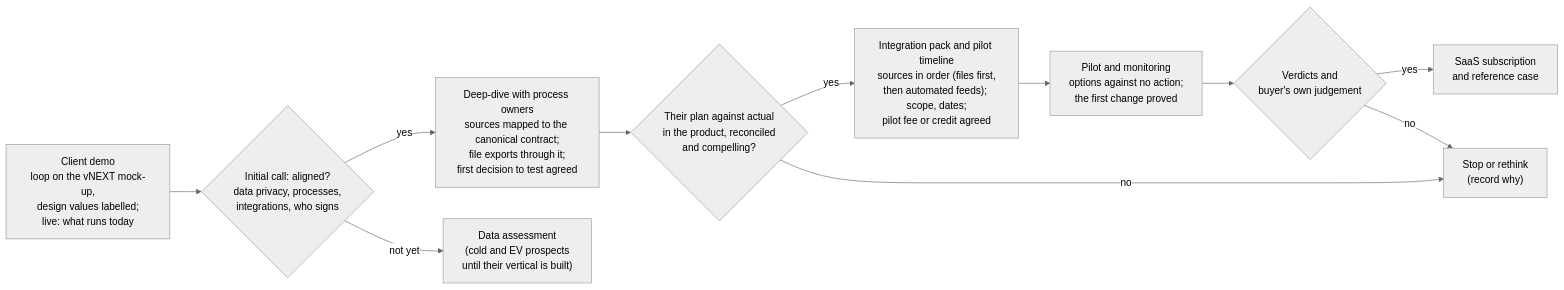
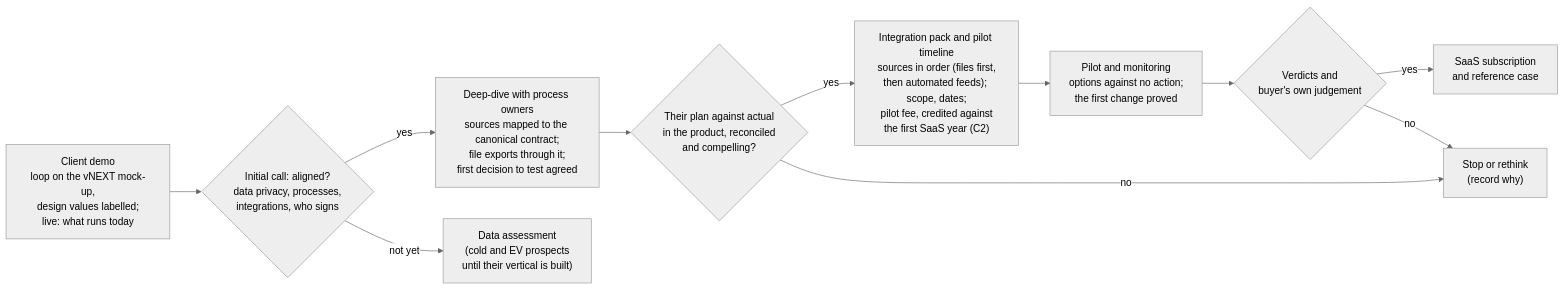
One commit to bineyame/AssetOpsV1 changed the fourth of 9 diagrams in Docs/demo-sprint/product-direction-layer4/product-transition-and-roadmap.md. Above: the diagram before and after it, drawn with Mermaid (neutral theme). The commit also changed other lines of this file and 7 other files, not shown here.

First line of the commit message:
Layer 4 pack: go-to-market pack changes PK1-PK10 (roadmap rev 4.2)

````diff
--- a/Docs/demo-sprint/product-direction-layer4/product-transition-and-roadmap.md
+++ b/Docs/demo-sprint/product-direction-layer4/product-transition-and-roadmap.md
@@ -162,13 +162,13 @@
 ```mermaid
 flowchart LR
   D["Client demo<br/>loop on the vNEXT mock-up,<br/>design values labelled;<br/>live: what runs today"] --> C{"Initial call: aligned?<br/>data privacy, processes,<br/>integrations, who signs"}
   C -- yes --> DD["Deep-dive with process owners<br/>sources mapped to the canonical contract;<br/>file exports through it;<br/>first decision to test agreed"]
   C -- "not yet" --> DA["Data assessment<br/>(cold and EV prospects<br/>until their vertical is built)"]
   DD --> G1{"Their plan against actual<br/>in the product, reconciled<br/>and compelling?"}
-  G1 -- yes --> IP["Integration pack and pilot timeline<br/>sources in order (files first,<br/>then automated feeds); scope, dates;<br/>pilot fee or credit agreed"]
+  G1 -- yes --> IP["Integration pack and pilot timeline<br/>sources in order (files first,<br/>then automated feeds); scope, dates;<br/>pilot fee, credited against<br/>the first SaaS year (C2)"]
   G1 -- no --> R["Stop or rethink<br/>(record why)"]
   IP --> PI["Pilot and monitoring<br/>options against no action;<br/>the first change proved"]
   PI --> G2{"Verdicts and<br/>buyer's own judgement"}
   G2 -- yes --> SUB["SaaS subscription<br/>and reference case"]
   G2 -- no --> R
 ```
````
